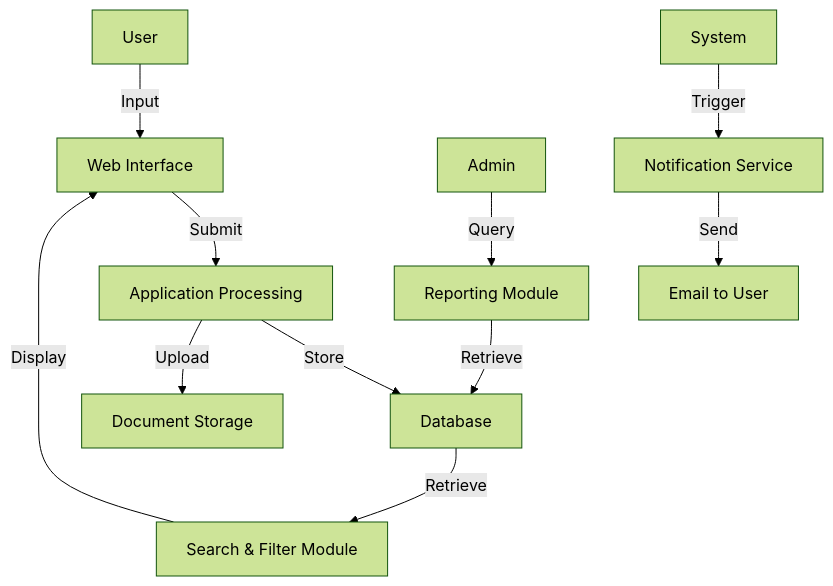
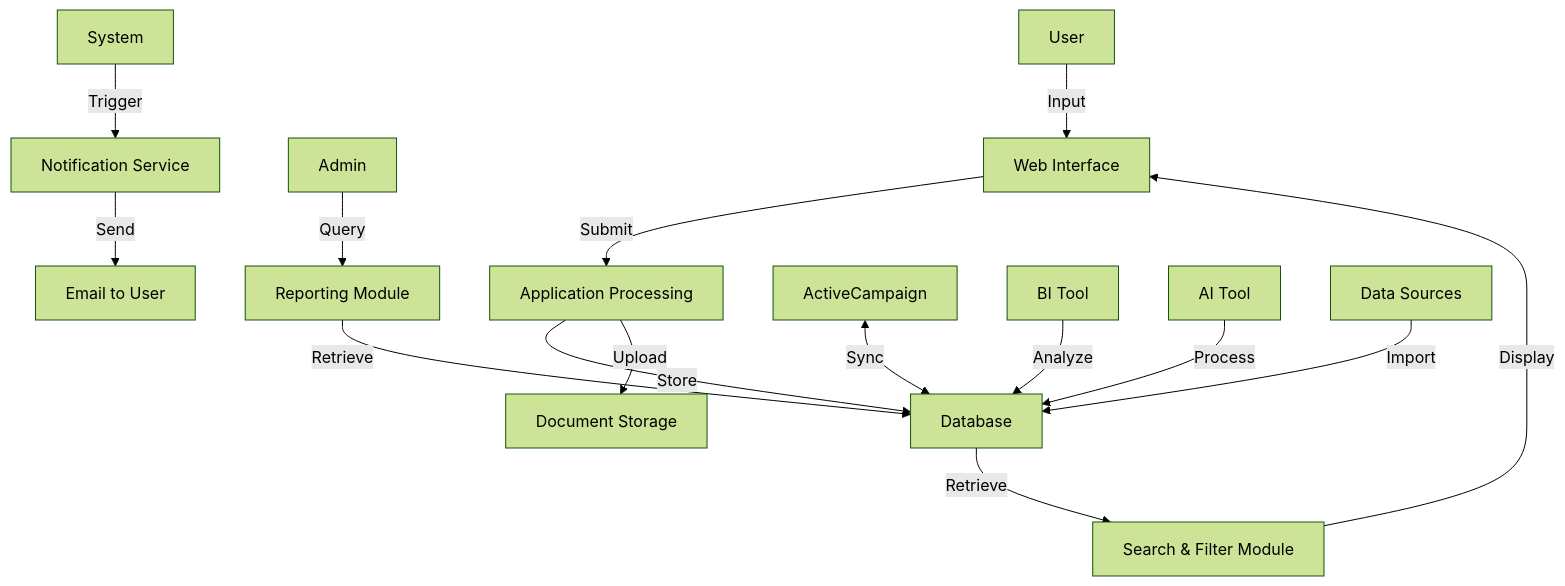
Before and after one commit to Tron-AI/technical-implementation-plan: the fifth of 5 diagrams in README.md, drawn with Mermaid (forest theme). The commit also changed other lines of this file, not shown here.

````diff
--- a/README.md
+++ b/README.md
@@ -309,14 +318,18 @@
 ```mermaid
 graph TD
     A[User] -->|Input| B[Web Interface]
     B -->|Submit| C[Application Processing]
     C -->|Store| D[Database]
     C -->|Upload| E[Document Storage]
     F[Admin] -->|Query| G[Reporting Module]
     G -->|Retrieve| D
     H[System] -->|Trigger| I[Notification Service]
     I -->|Send| J[Email to User]
     D -->|Retrieve| K[Search & Filter Module]
     K -->|Display| B
+    L[ActiveCampaign] <-->|Sync| D
+    M[BI Tool] -->|Analyze| D
+    N[AI Tool] -->|Process| D
+    O[Data Sources] -->|Import| D
 
 ```
````
